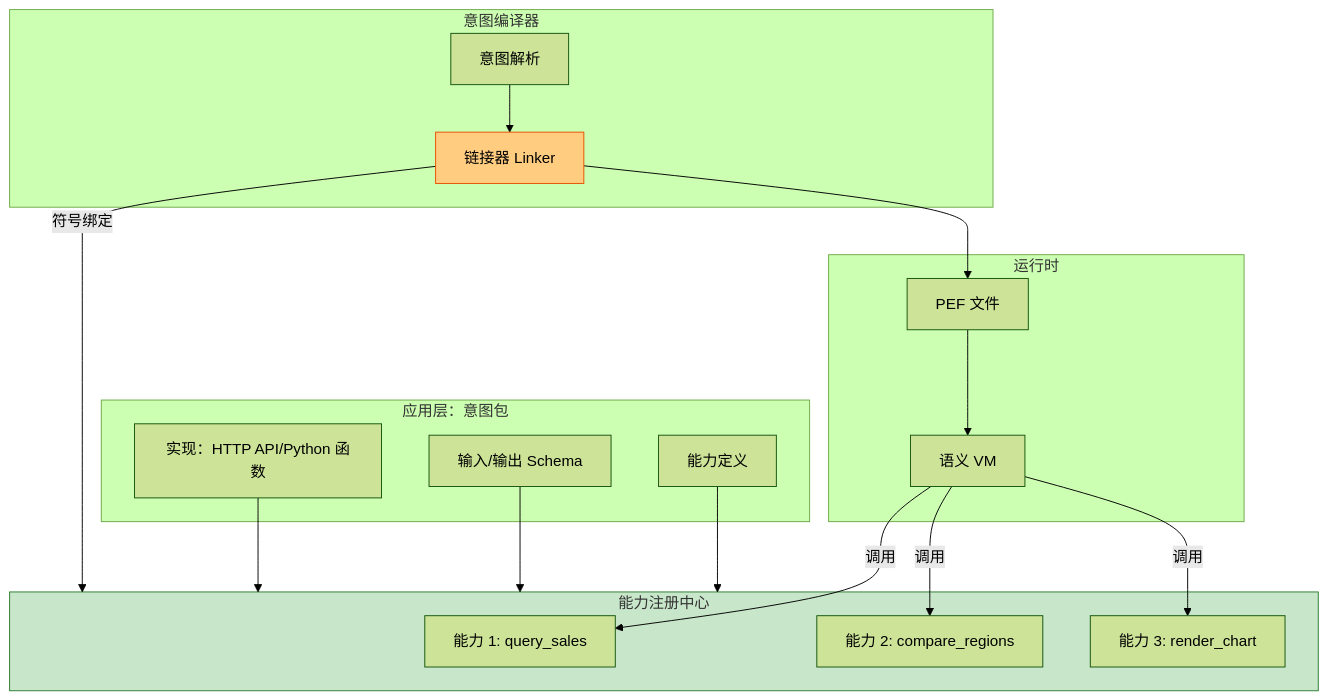
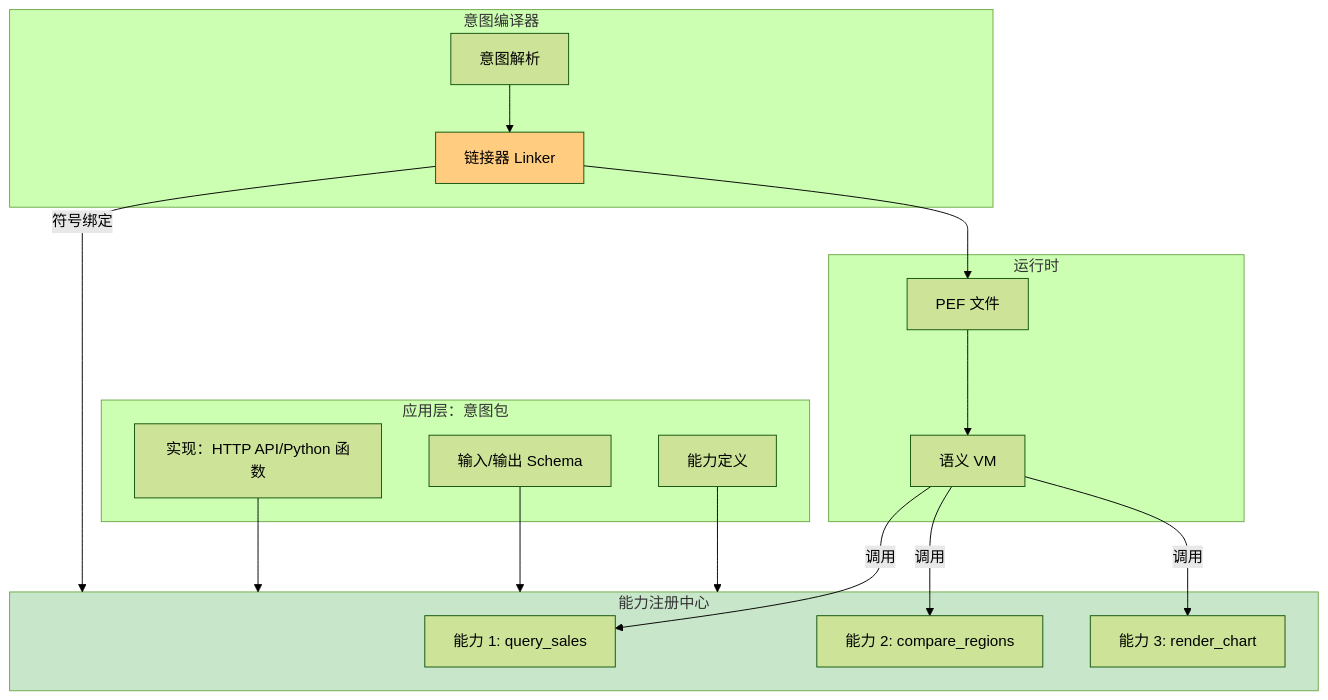
One commit to jeffery9/intentOS changed the tenth of 16 diagrams in papers/Architecture_Diagrams.md. Above: the diagram before and after it, drawn with Mermaid (forest theme). The commit also changed other lines of this file, not shown here.

First line of the commit message:
docs: 修复 Mermaid 图表语法错误

````diff
--- a/papers/Architecture_Diagrams.md
+++ b/papers/Architecture_Diagrams.md
@@ -340,39 +340,39 @@
 ```mermaid
 flowchart TB
     subgraph App["应用层：意图包"]
         Def[能力定义]
         Schema[输入/输出 Schema]
         Impl[实现：HTTP API/Python 函数]
     end
-    
+
     subgraph Registry["能力注册中心"]
         Cap1[能力 1: query_sales]
         Cap2[能力 2: compare_regions]
         Cap3[能力 3: render_chart]
     end
-    
+
     subgraph Compiler["意图编译器"]
         Parse[意图解析]
         Linker[链接器 Linker]
     end
-    
+
     subgraph Runtime["运行时"]
         PEF[PEF 文件]
         VM[语义 VM]
     end
-    
+
     Def --> Registry
     Schema --> Registry
     Impl --> Registry
-    
+
     Parse --> Linker
     Linker -->|符号绑定 | Registry
     Linker --> PEF
     PEF --> VM
     VM -->|调用 | Cap1
     VM -->|调用 | Cap2
     VM -->|调用 | Cap3
-    
-    style Registry fill:#c8e6c9,stroke:#2e7d32
-    style Linker fill:#ffcc80,stroke:#e65100
+
+    style Registry fill:#c8e6c9
+    style Linker fill:#ffcc80
 ```
````
